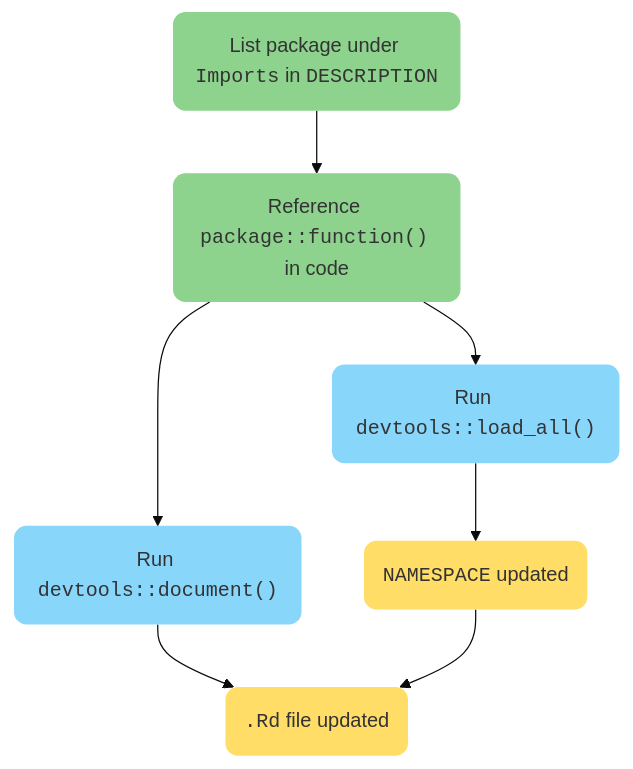
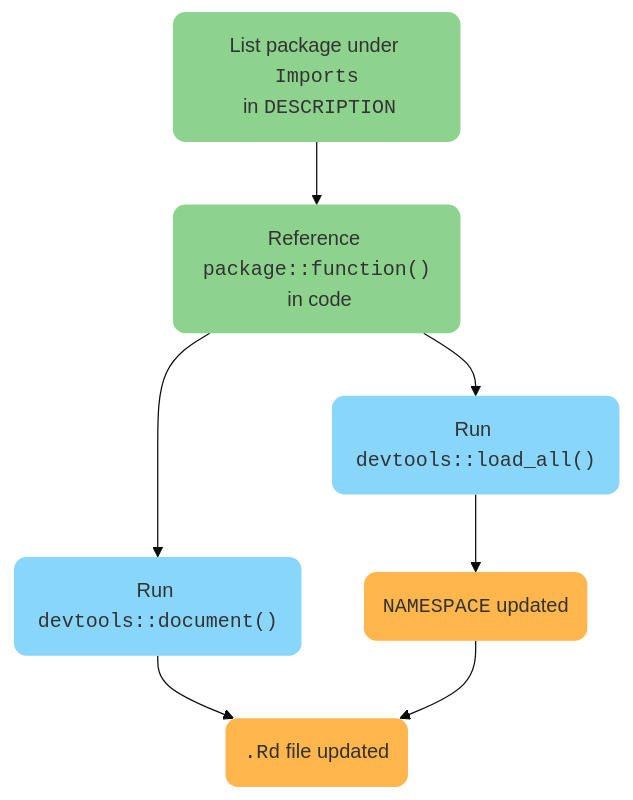
The third of 3 diagrams in dependencies.qmd (mjfrigaard/shiny-app-pkgs), drawn with Mermaid before and after one commit. The commit also changed other lines of this file and 196 other files, not shown here.

````diff
--- a/dependencies.qmd
+++ b/dependencies.qmd
@@ -1095,28 +1095,28 @@
 ```{mermaid}
 %%| fig-width: 6.5
 %%| fig-align: center
 %%| fig-cap: '`devtools::document` does not change the `DESCRIPTION` file'
-%%{init: {'theme': 'base', 'themeVariables': { 'fontFamily': 'Inconsolata', 'primaryColor': '#89D6FB', 'edgeLabelBackground':'#02577A'}}}%%
+%%{init: {'theme': 'base', 'themeVariables': { 'fontFamily': 'Inconsolata'}}}%%
 
 flowchart TD
-  Imports("List package under <code>Imports</code> in <code>DESCRIPTION</code>")
-  Reference("Reference <code>package::function()</code> in code")
+  Imports("List package under <code>Imports</code>\n in <code>DESCRIPTION</code>")
+  Reference("Reference <code>package::function()</code>\n in code")
   LoadAll("Run <code>devtools::load_all()</code>")
   Document("Run <code>devtools::document()</code>")
   NamespaceUpdated("<code>NAMESPACE</code> updated")
   RdFileUpdated("<code>.Rd</code> file updated")
 
   Imports --> Reference
   Reference --> LoadAll
   Reference --> Document
   LoadAll --> NamespaceUpdated
   Document --> RdFileUpdated
   NamespaceUpdated --> RdFileUpdated
   
   style Imports fill:#8dd38d,stroke:none,rx:10,ry:10;
   style Reference fill:#8dd38d,stroke:none,rx:10,ry:10;
   style LoadAll fill:#89D6FB,stroke:none,rx:10,ry:10;
   style Document fill:#89D6FB,stroke:none,rx:10,ry:10;
-  style NamespaceUpdated fill:#FFDD67,stroke:none,rx:10,ry:10;
-  style RdFileUpdated fill:#FFDD67,stroke:none,rx:10,ry:10;
+  style NamespaceUpdated fill:#FFB64C,stroke:none,rx:10,ry:10;
+  style RdFileUpdated fill:#FFB64C,stroke:none,rx:10,ry:10;
 ```
````
